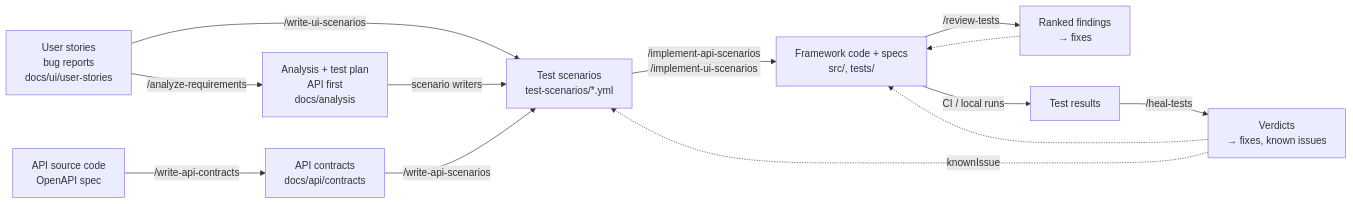
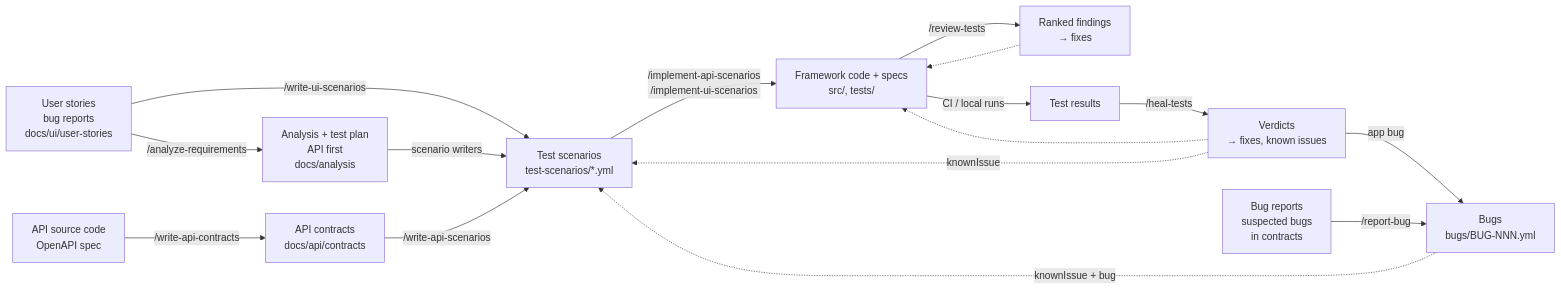
Before and after one commit to Zaytsman/SimpRight: the diagram in docs/AI_WORKFLOW.md, drawn with Mermaid. The commit also changed other lines of this file and 12 other files, not shown here.

First line of the commit message:
Add the bug-reporter agent and /report-bug

````diff
--- a/docs/AI_WORKFLOW.md
+++ b/docs/AI_WORKFLOW.md
@@ -13,15 +14,18 @@
 ```mermaid
 flowchart LR
     src[API source code<br/>OpenAPI spec] -->|/write-api-contracts| contracts[API contracts<br/>docs/api/contracts]
     stories[User stories<br/>bug reports<br/>docs/ui/user-stories] -->|/write-ui-scenarios| scenarios
     stories -->|/analyze-requirements| analysis[Analysis + test plan<br/>API first<br/>docs/analysis]
     analysis -->|scenario writers| scenarios
     contracts -->|/write-api-scenarios| scenarios[Test scenarios<br/>test-scenarios/*.yml]
     scenarios -->|/implement-api-scenarios<br/>/implement-ui-scenarios| specs[Framework code + specs<br/>src/, tests/]
     specs -->|/review-tests| review[Ranked findings<br/>→ fixes]
     specs -->|CI / local runs| runs[Test results]
     runs -->|/heal-tests| heal[Verdicts<br/>→ fixes, known issues]
     review -.-> specs
     heal -.-> specs
     heal -.->|knownIssue| scenarios
+    heal -->|app bug| bugrep
+    reports[Bug reports<br/>suspected bugs<br/>in contracts] -->|/report-bug| bugrep[Bugs<br/>bugs/BUG-NNN.yml]
+    bugrep -.->|knownIssue + bug| scenarios
 ```
````
